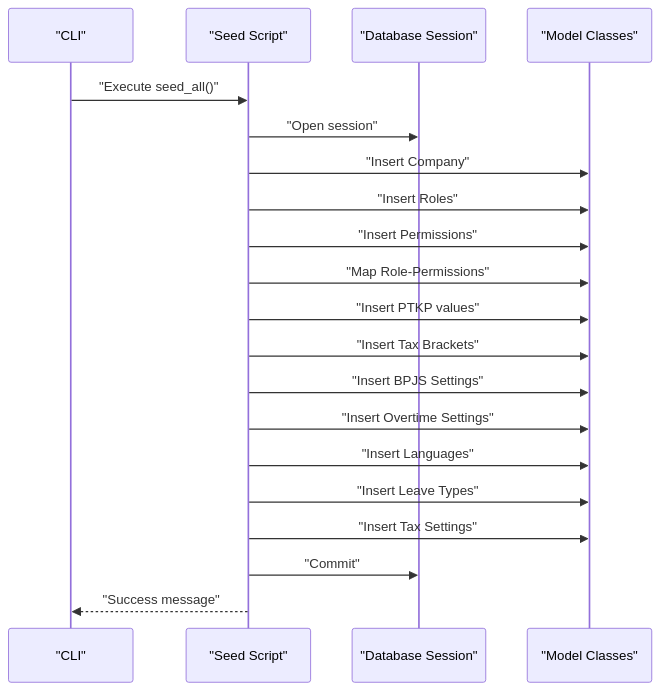
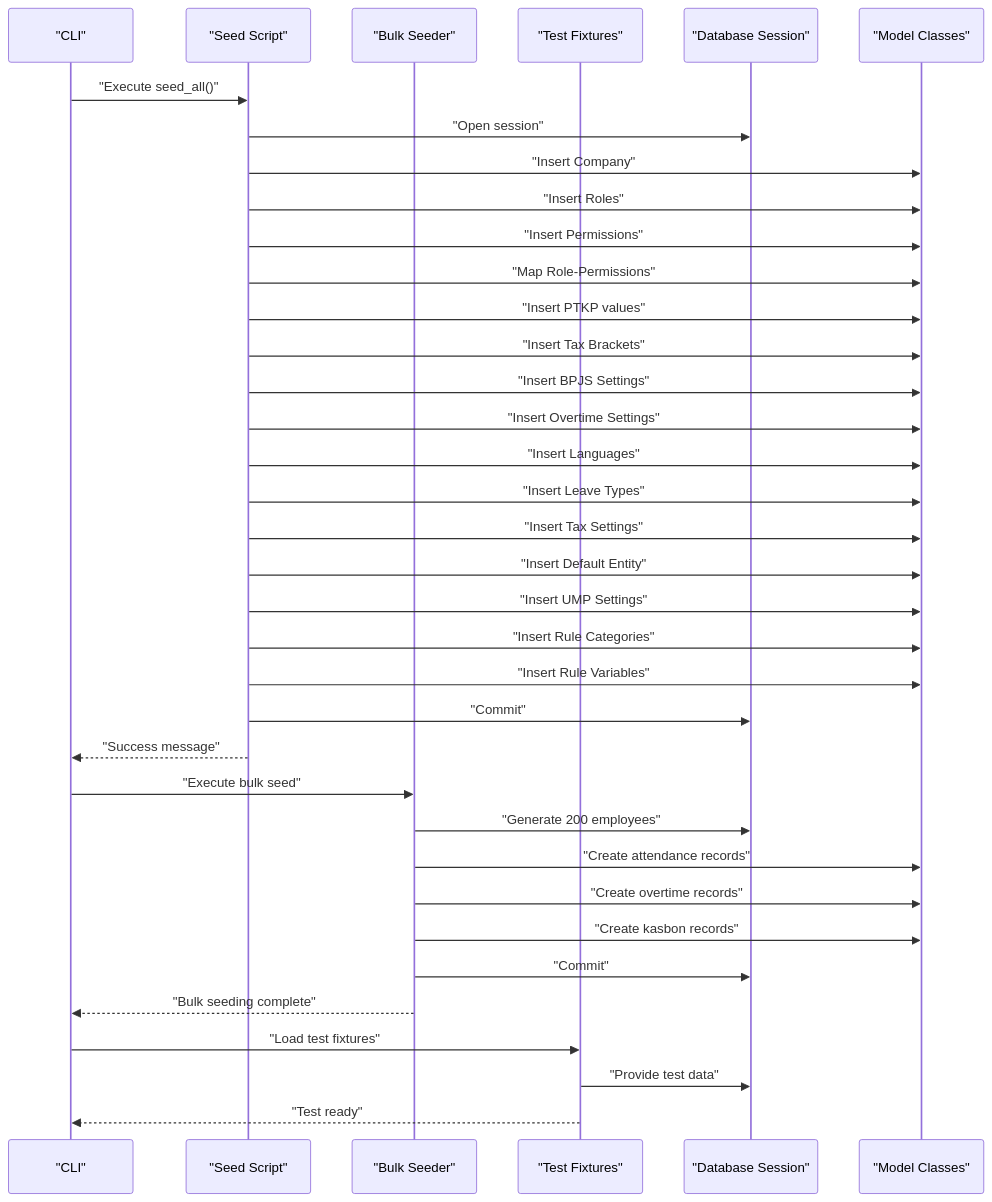
The second of 4 diagrams in .qoder/repowiki/en/content/Data Seeding & Configuration.md (bikinaplikasipakeqoder-dot/payroll-hris), drawn with Mermaid before and after one commit. The commit also changed other lines of this file and 22 other files, not shown here.

````diff
--- a/.qoder/repowiki/en/content/Data Seeding & Configuration.md
+++ b/.qoder/repowiki/en/content/Data Seeding & Configuration.md
@@ -84,22 +126,38 @@
 ```mermaid
 sequenceDiagram
 participant CLI as "CLI"
 participant Seed as "Seed Script"
+participant BulkSeed as "Bulk Seeder"
+participant TestFix as "Test Fixtures"
 participant DB as "Database Session"
 participant Models as "Model Classes"
 CLI->>Seed : "Execute seed_all()"
 Seed->>DB : "Open session"
 Seed->>Models : "Insert Company"
 Seed->>Models : "Insert Roles"
 Seed->>Models : "Insert Permissions"
 Seed->>Models : "Map Role-Permissions"
 Seed->>Models : "Insert PTKP values"
 Seed->>Models : "Insert Tax Brackets"
 Seed->>Models : "Insert BPJS Settings"
 Seed->>Models : "Insert Overtime Settings"
 Seed->>Models : "Insert Languages"
 Seed->>Models : "Insert Leave Types"
 Seed->>Models : "Insert Tax Settings"
+Seed->>Models : "Insert Default Entity"
+Seed->>Models : "Insert UMP Settings"
+Seed->>Models : "Insert Rule Categories"
+Seed->>Models : "Insert Rule Variables"
 Seed->>DB : "Commit"
 Seed-->>CLI : "Success message"
+CLI->>BulkSeed : "Execute bulk seed"
+BulkSeed->>DB : "Generate 200 employees"
+BulkSeed->>Models : "Create attendance records"
+BulkSeed->>Models : "Create overtime records"
+BulkSeed->>Models : "Create kasbon records"
+BulkSeed->>DB : "Commit"
+BulkSeed-->>CLI : "Bulk seeding complete"
+CLI->>TestFix : "Load test fixtures"
+TestFix->>DB : "Provide test data"
+TestFix-->>CLI : "Test ready"
 ```
````
